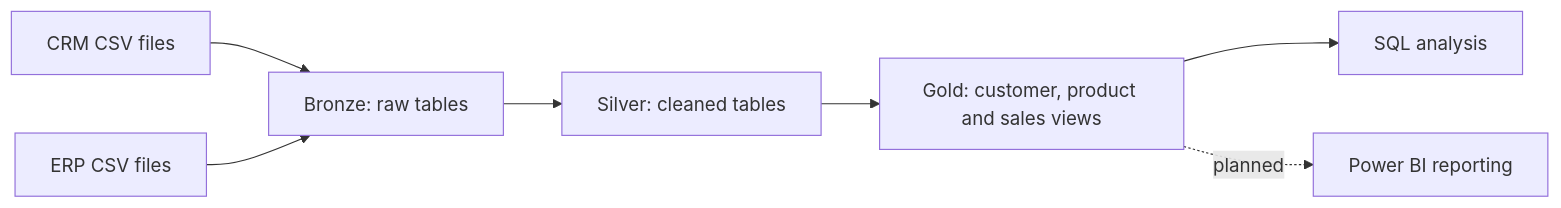
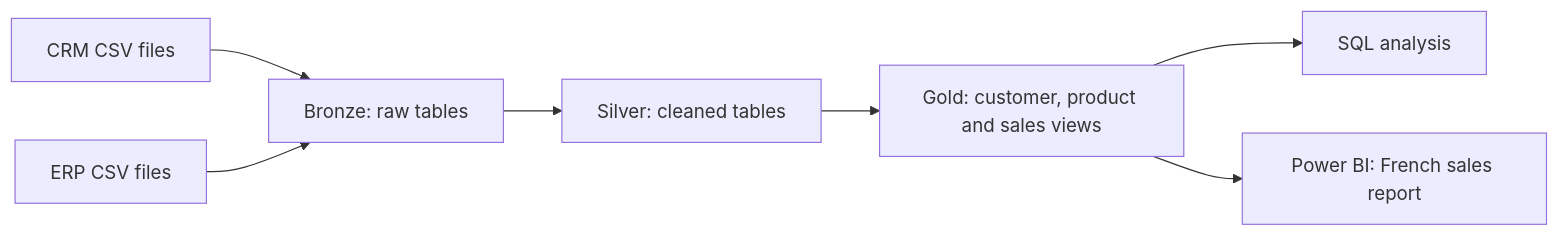
One commit to Ilyass-rbaai/sql-data-warehouse-project changed the diagram in README.md. Above: the diagram before and after it, drawn with Mermaid. The commit also changed other lines of this file and 68 other files, not shown here.

Commit message:
Add French Power BI sales report with validated measures and previews

````diff
--- a/README.md
+++ b/README.md
@@ -21,9 +32,9 @@
 ```mermaid
 flowchart LR
     CRM[CRM CSV files] --> B[Bronze: raw tables]
     ERP[ERP CSV files] --> B
     B --> S[Silver: cleaned tables]
     S --> G[Gold: customer, product and sales views]
     G --> A[SQL analysis]
-    G -. planned .-> P[Power BI reporting]
+    G --> P[Power BI: French sales report]
 ```
````
